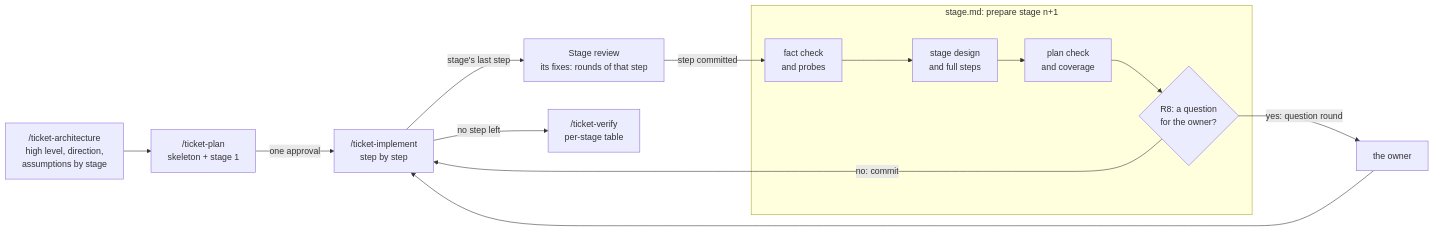
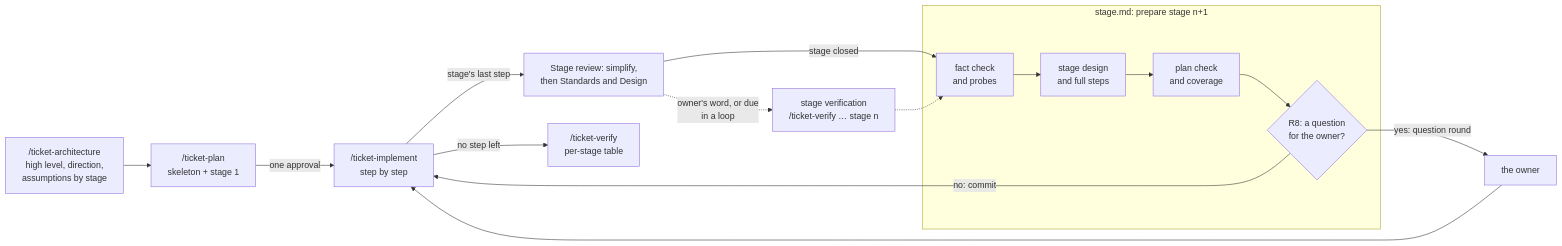
One commit to khotei/app-template changed the diagram in docs/tickets/2026-11-07-1232_sdd-stages/architecture.md. Above: the diagram before and after it, drawn with Mermaid. The commit also changed other lines of this file and 2 other files, not shown here.

````diff
--- a/docs/tickets/2026-11-07-1232_sdd-stages/architecture.md
+++ b/docs/tickets/2026-11-07-1232_sdd-stages/architecture.md
@@ -19,16 +26,18 @@
 ```mermaid
 graph LR
   A["/ticket-architecture<br/>high level, direction,<br/>assumptions by stage"] --> P["/ticket-plan<br/>skeleton + stage 1"]
   P -->|one approval| I["/ticket-implement<br/>step by step"]
-  I -->|stage's last step| R[Stage review<br/>its fixes: rounds of that step]
-  R -->|step committed| F
+  I -->|stage's last step| R[Stage review: simplify,<br/>then Standards and Design]
+  R -->|stage closed| F
+  R -.->|owner's word, or due<br/>in a loop| SV[stage verification<br/>/ticket-verify … stage n]
+  SV -.-> F
   subgraph prep [stage.md: prepare stage n+1]
     F[fact check<br/>and probes] --> D[stage design<br/>and full steps]
     D --> C[plan check<br/>and coverage]
     C --> T{R8: a question<br/>for the owner?}
   end
   T -->|no: commit| I
   T -->|yes: question round| O[the owner]
   O --> I
   I -->|no step left| V["/ticket-verify<br/>per-stage table"]
 ```
````
